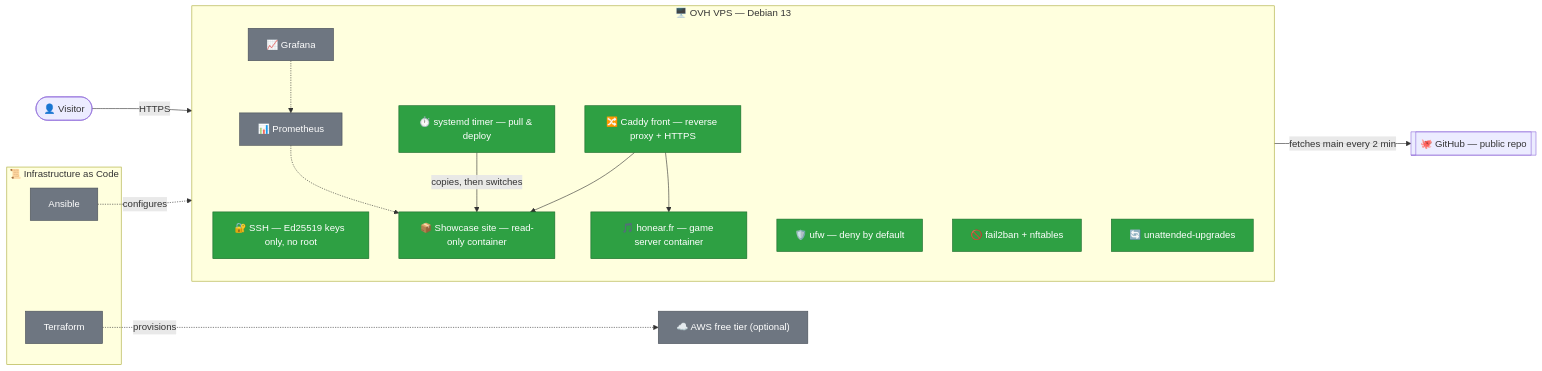
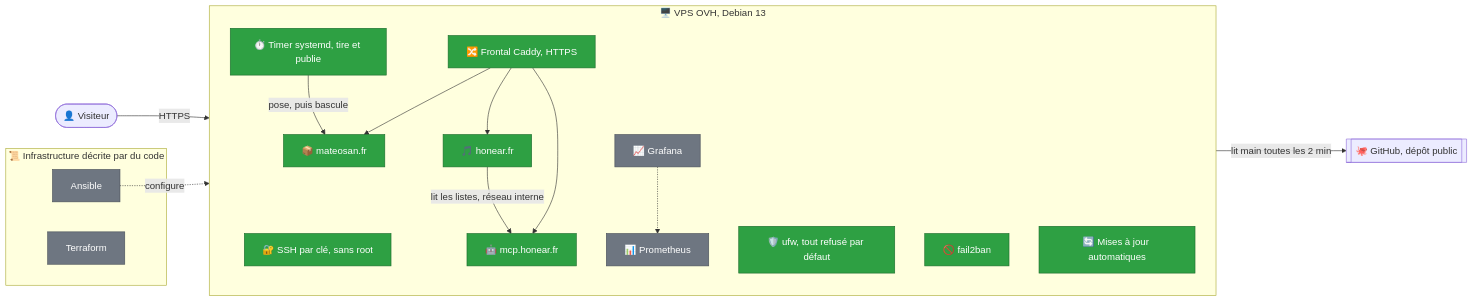
The diagram in README.md (SNZMTO/homelab), drawn with Mermaid before and after one commit. The commit also changed other lines of this file and 8 other files, not shown here.

````diff
--- a/README.md
+++ b/README.md
@@ -13,42 +24,41 @@
 ```mermaid
 flowchart LR
-    User(["👤 Visitor"])
-    GitHub[["🐙 GitHub — public repo"]]
+    Visiteur(["👤 Visiteur"])
+    GitHub[["🐙 GitHub, dépôt public"]]
 
-    subgraph VPS["🖥️ OVH VPS — Debian 13"]
+    subgraph VPS["🖥️ VPS OVH, Debian 13"]
         direction TB
-        SSH["🔐 SSH — Ed25519 keys only, no root"]
-        FW["🛡️ ufw — deny by default"]
-        F2B["🚫 fail2ban + nftables"]
-        UPD["🔄 unattended-upgrades"]
-        Caddy["🔀 Caddy front — reverse proxy + HTTPS"]
-        Site["📦 Showcase site — read-only container"]
-        Honear["🎵 honear.fr — game server container"]
-        Timer["⏱️ systemd timer — pull & deploy"]
+        SSH["🔐 SSH par clé, sans root"]
+        FW["🛡️ ufw, tout refusé par défaut"]
+        F2B["🚫 fail2ban"]
+        UPD["🔄 Mises à jour automatiques"]
+        Caddy["🔀 Frontal Caddy, HTTPS"]
+        Site["📦 mateosan.fr"]
+        Honear["🎵 honear.fr"]
+        MCP["🤖 mcp.honear.fr"]
+        Timer["⏱️ Timer systemd, tire et publie"]
         Prom["📊 Prometheus"]
         Graf["📈 Grafana"]
     end
 
-    subgraph IaC["📜 Infrastructure as Code"]
+    subgraph IaC["📜 Infrastructure décrite par du code"]
         Ansible["Ansible"]
         Terraform["Terraform"]
     end
 
-    Cloud["☁️ AWS free tier (optional)"]
-
-    User -->|HTTPS| Caddy
+    Visiteur -->|HTTPS| Caddy
     Caddy --> Site
     Caddy --> Honear
-    Timer -->|fetches main every 2 min| GitHub
-    Timer -->|copies, then switches| Site
+    Caddy --> MCP
+    Honear -->|lit les listes, réseau interne| MCP
+    Timer -->|lit main toutes les 2 min| GitHub
+    Timer -->|pose, puis bascule| Site
     Graf -.-> Prom
-    Prom -.-> Site
-    Ansible -.configures.-> VPS
-    Terraform -.provisions.-> Cloud
+    Ansible -.configure.-> VPS
 
-    classDef done fill:#2ea043,stroke:#1a6b2b,color:#fff
-    classDef planned fill:#6e7681,stroke:#484f58,color:#fff
+    classDef fait fill:#2ea043,stroke:#1a6b2b,color:#fff
+    classDef prevu fill:#6e7681,stroke:#484f58,color:#fff
 
-    class SSH,FW,F2B,UPD,Caddy,Site,Honear,Timer done
-    class Prom,Graf,Ansible,Terraform,Cloud planned
+    class SSH,FW,F2B,UPD,Caddy,Site,Honear,MCP,Timer fait
+    class Prom,Graf,Ansible,Terraform prevu
 ```
````
